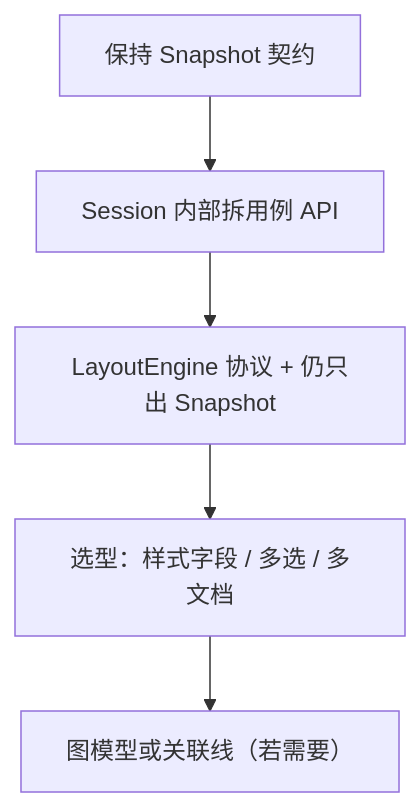
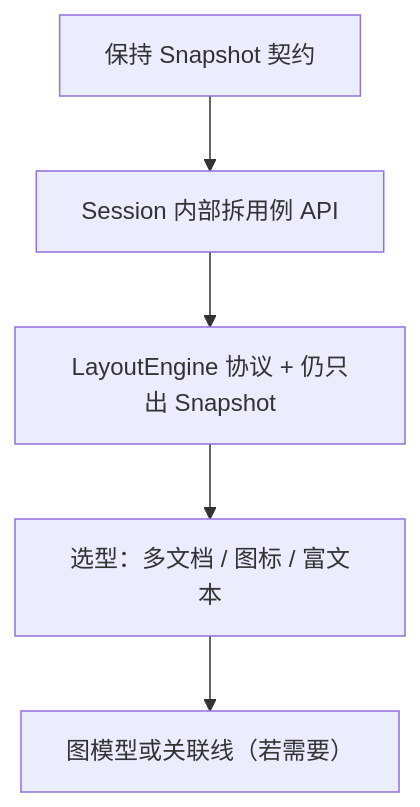
The fifth of 5 diagrams in docs/架构现状.md (LieonShelly/Linva), drawn with Mermaid before and after one commit. The commit also changed other lines of this file and 2 other files, not shown here.

````diff
--- a/docs/架构现状.md
+++ b/docs/架构现状.md
@@ -254,7 +284,7 @@
 ```mermaid
 flowchart TD
   A["保持 Snapshot 契约"] --> B["Session 内部拆用例 API"]
   B --> C["LayoutEngine 协议 + 仍只出 Snapshot"]
-  C --> D["选型：样式字段 / 多选 / 多文档"]
+  C --> D["选型：多文档 / 图标 / 富文本"]
   D --> E["图模型或关联线（若需要）"]
 ```
````
